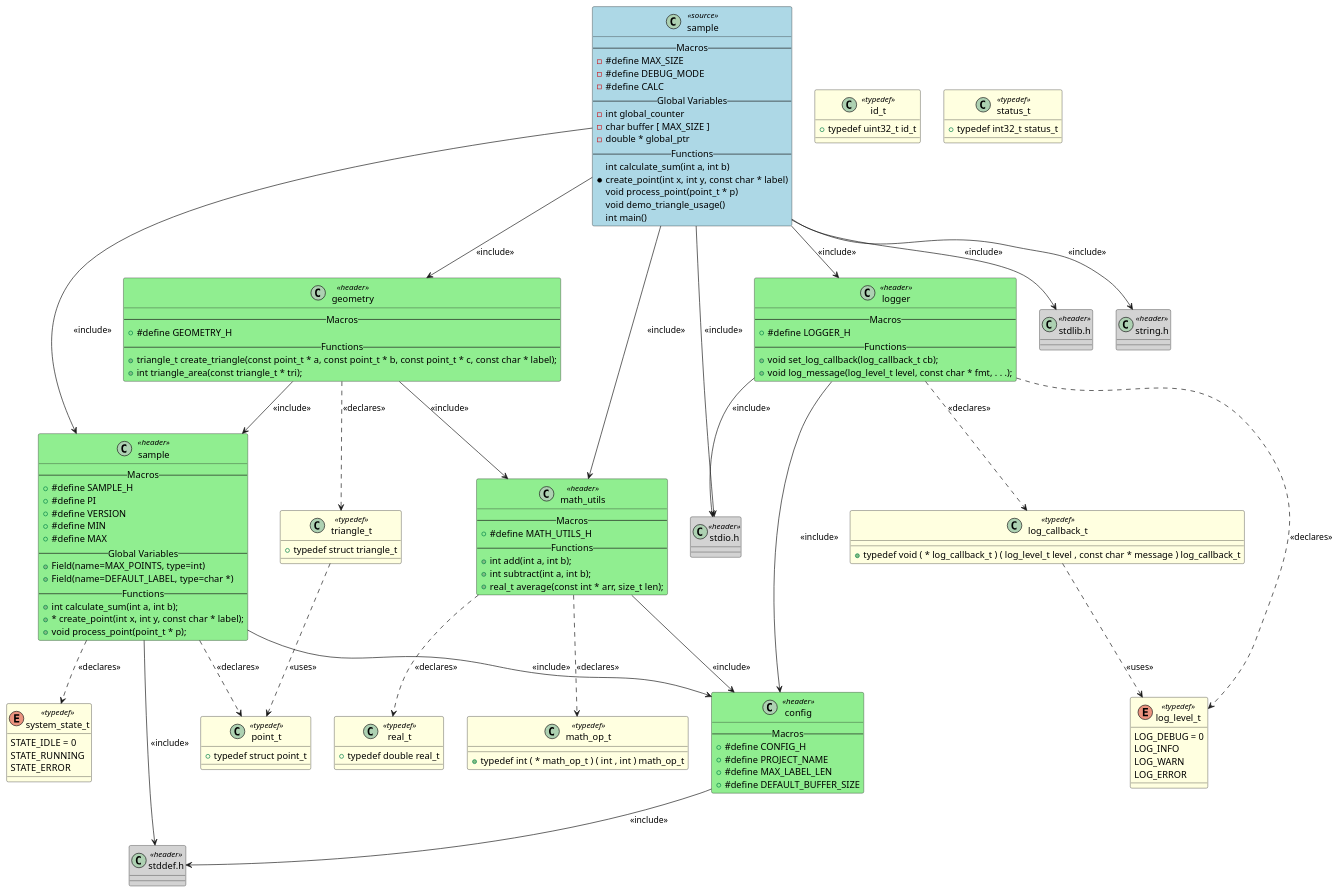
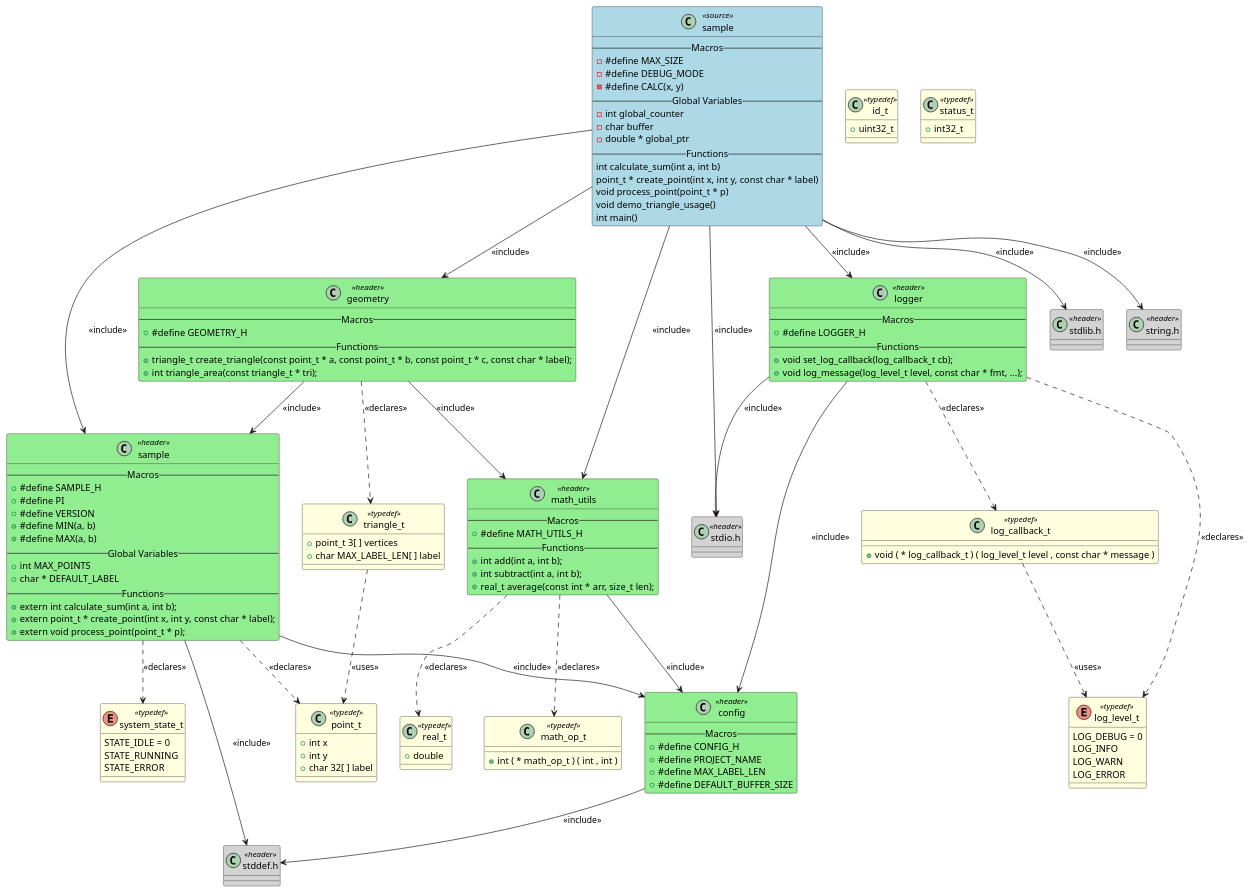
Before and after one commit to fischerjooo/c2puml: the diagram in output/sample.puml, drawn with PlantUML. The commit also changed 30 other files, not shown here.

```diff
--- a/output/sample.puml
+++ b/output/sample.puml
@@ -1,161 +1,164 @@
 @startuml sample
 
 class "sample" as SAMPLE <<source>> #LightBlue
 {
-    -- Macros --
-    - #define MAX_SIZE
-    - #define DEBUG_MODE
-    - #define CALC
-    -- Global Variables --
-    - int global_counter
-    - char buffer [ MAX_SIZE ]
-    - double * global_ptr
-    -- Functions --
-    int calculate_sum(int a, int b)
-    * create_point(int x, int y, const char * label)
-    void process_point(point_t * p)
-    void demo_triangle_usage()
-    int main()
+-- Macros --
+- #define MAX_SIZE
+- #define DEBUG_MODE
+- #define CALC(x, y)
+-- Global Variables --
+- int global_counter
+- char buffer
+- double * global_ptr
+-- Functions --
+int calculate_sum(int a, int b)
+point_t * create_point(int x, int y, const char * label)
+void process_point(point_t * p)
+void demo_triangle_usage()
+int main()
 }
 
 class "stdio.h" as HEADER_STDIO <<header>> #LightGray
 {
 }
 
 class "stdlib.h" as HEADER_STDLIB <<header>> #LightGray
 {
 }
 
 class "string.h" as HEADER_STRING <<header>> #LightGray
 {
 }
 
 class "sample" as HEADER_SAMPLE <<header>> #LightGreen
 {
-    -- Macros --
-    + #define SAMPLE_H
-    + #define PI
-    + #define VERSION
-    + #define MIN
-    + #define MAX
-    -- Global Variables --
-    + Field(name=MAX_POINTS, type=int)
-    + Field(name=DEFAULT_LABEL, type=char *)
-    -- Functions --
-    + int calculate_sum(int a, int b);
-    + * create_point(int x, int y, const char * label);
-    + void process_point(point_t * p);
+-- Macros --
++ #define SAMPLE_H
++ #define PI
++ #define VERSION
++ #define MIN(a, b)
++ #define MAX(a, b)
+-- Global Variables --
++ int MAX_POINTS
++ char * DEFAULT_LABEL
+-- Functions --
++ extern int calculate_sum(int a, int b);
++ extern point_t * create_point(int x, int y, const char * label);
++ extern void process_point(point_t * p);
 }
 class "math_utils" as HEADER_MATH_UTILS <<header>> #LightGreen
 {
-    -- Macros --
-    + #define MATH_UTILS_H
-    -- Functions --
-    + int add(int a, int b);
-    + int subtract(int a, int b);
-    + real_t average(const int * arr, size_t len);
+-- Macros --
++ #define MATH_UTILS_H
+-- Functions --
++ int add(int a, int b);
++ int subtract(int a, int b);
++ real_t average(const int * arr, size_t len);
 }
 class "logger" as HEADER_LOGGER <<header>> #LightGreen
 {
-    -- Macros --
-    + #define LOGGER_H
-    -- Functions --
-    + void set_log_callback(log_callback_t cb);
-    + void log_message(log_level_t level, const char * fmt, . . .);
+-- Macros --
++ #define LOGGER_H
+-- Functions --
++ void set_log_callback(log_callback_t cb);
++ void log_message(log_level_t level, const char * fmt, ...);
 }
 class "geometry" as HEADER_GEOMETRY <<header>> #LightGreen
 {
-    -- Macros --
-    + #define GEOMETRY_H
-    -- Functions --
-    + triangle_t create_triangle(const point_t * a, const point_t * b, const point_t * c, const char * label);
-    + int triangle_area(const triangle_t * tri);
+-- Macros --
++ #define GEOMETRY_H
+-- Functions --
++ triangle_t create_triangle(const point_t * a, const point_t * b, const point_t * c, const char * label);
++ int triangle_area(const triangle_t * tri);
 }
 class "config" as HEADER_CONFIG <<header>> #LightGreen
 {
-    -- Macros --
-    + #define CONFIG_H
-    + #define PROJECT_NAME
-    + #define MAX_LABEL_LEN
-    + #define DEFAULT_BUFFER_SIZE
+-- Macros --
++ #define CONFIG_H
++ #define PROJECT_NAME
++ #define MAX_LABEL_LEN
++ #define DEFAULT_BUFFER_SIZE
 }
 class "stddef.h" as HEADER_STDDEF <<header>> #LightGray
 {
 }
 
-class "point_t" as TYPEDEF_POINT_T <<typedef>> #LightYellow
+class "point_t" as TYPEDEF_point_t <<typedef>> #LightYellow
 {
-    + typedef struct point_t
++ int x
++ int y
++ char 32[ ] label
 }
 
-enum "system_state_t" as TYPEDEF_SYSTEM_STATE_T <<typedef>> #LightYellow
+enum "system_state_t" as TYPEDEF_system_state_t <<typedef>> #LightYellow
 {
-    STATE_IDLE = 0
-    STATE_RUNNING
-    STATE_ERROR
+STATE_IDLE = 0
+STATE_RUNNING
+STATE_ERROR
 }
 
-class "id_t" as TYPEDEF_ID_T <<typedef>> #LightYellow
+class "id_t" as TYPEDEF_id_t <<typedef>> #LightYellow
 {
-    + typedef uint32_t id_t
++ uint32_t
 }
 
-class "status_t" as TYPEDEF_STATUS_T <<typedef>> #LightYellow
+class "status_t" as TYPEDEF_status_t <<typedef>> #LightYellow
 {
-    + typedef int32_t status_t
++ int32_t
 }
 
-class "triangle_t" as TYPEDEF_TRIANGLE_T <<typedef>> #LightYellow
+class "triangle_t" as TYPEDEF_triangle_t <<typedef>> #LightYellow
 {
-    + typedef struct triangle_t
++ point_t 3[ ] vertices
++ char MAX_LABEL_LEN[ ] label
 }
 
-enum "log_level_t" as TYPEDEF_LOG_LEVEL_T <<typedef>> #LightYellow
+enum "log_level_t" as TYPEDEF_log_level_t <<typedef>> #LightYellow
 {
-    LOG_DEBUG = 0
-    LOG_INFO
-    LOG_WARN
-    LOG_ERROR
+LOG_DEBUG = 0
+LOG_INFO
+LOG_WARN
+LOG_ERROR
 }
 
-class "log_callback_t" as TYPEDEF_LOG_CALLBACK_T <<typedef>> #LightYellow
+class "log_callback_t" as TYPEDEF_log_callback_t <<typedef>> #LightYellow
 {
-    + typedef void ( * log_callback_t ) ( log_level_t level , const char * message ) log_callback_t
++ void ( * log_callback_t ) ( log_level_t level , const char * message )
 }
 
-class "real_t" as TYPEDEF_REAL_T <<typedef>> #LightYellow
+class "real_t" as TYPEDEF_real_t <<typedef>> #LightYellow
 {
-    + typedef double real_t
++ double
 }
 
-class "math_op_t" as TYPEDEF_MATH_OP_T <<typedef>> #LightYellow
+class "math_op_t" as TYPEDEF_math_op_t <<typedef>> #LightYellow
 {
-    + typedef int ( * math_op_t ) ( int , int ) math_op_t
++ int ( * math_op_t ) ( int , int )
 }
 
 SAMPLE --> HEADER_STDIO : <<include>>
 SAMPLE --> HEADER_STDLIB : <<include>>
 SAMPLE --> HEADER_STRING : <<include>>
 SAMPLE --> HEADER_SAMPLE : <<include>>
 SAMPLE --> HEADER_MATH_UTILS : <<include>>
 SAMPLE --> HEADER_LOGGER : <<include>>
 SAMPLE --> HEADER_GEOMETRY : <<include>>
 HEADER_SAMPLE --> HEADER_STDDEF : <<include>>
 HEADER_SAMPLE --> HEADER_CONFIG : <<include>>
 HEADER_MATH_UTILS --> HEADER_CONFIG : <<include>>
 HEADER_LOGGER --> HEADER_STDIO : <<include>>
 HEADER_LOGGER --> HEADER_CONFIG : <<include>>
 HEADER_GEOMETRY --> HEADER_SAMPLE : <<include>>
 HEADER_GEOMETRY --> HEADER_MATH_UTILS : <<include>>
 HEADER_CONFIG --> HEADER_STDDEF : <<include>>
-TYPEDEF_TRIANGLE_T ..> TYPEDEF_POINT_T : <<uses>>
-TYPEDEF_LOG_CALLBACK_T ..> TYPEDEF_LOG_LEVEL_T : <<uses>>
-HEADER_SAMPLE ..> TYPEDEF_POINT_T : <<declares>>
-HEADER_SAMPLE ..> TYPEDEF_SYSTEM_STATE_T : <<declares>>
-HEADER_MATH_UTILS ..> TYPEDEF_REAL_T : <<declares>>
-HEADER_MATH_UTILS ..> TYPEDEF_MATH_OP_T : <<declares>>
-HEADER_LOGGER ..> TYPEDEF_LOG_LEVEL_T : <<declares>>
-HEADER_LOGGER ..> TYPEDEF_LOG_CALLBACK_T : <<declares>>
-HEADER_GEOMETRY ..> TYPEDEF_TRIANGLE_T : <<declares>>
+HEADER_SAMPLE ..> TYPEDEF_point_t : <<declares>>
+HEADER_SAMPLE ..> TYPEDEF_system_state_t : <<declares>>
+HEADER_LOGGER ..> TYPEDEF_log_level_t : <<declares>>
+HEADER_GEOMETRY ..> TYPEDEF_triangle_t : <<declares>>
+TYPEDEF_triangle_t ..> TYPEDEF_point_t : <<uses>>
+TYPEDEF_log_callback_t ..> TYPEDEF_log_level_t : <<uses>>
+HEADER_MATH_UTILS ..> TYPEDEF_real_t : <<declares>>
+HEADER_MATH_UTILS ..> TYPEDEF_math_op_t : <<declares>>
+HEADER_LOGGER ..> TYPEDEF_log_callback_t : <<declares>>
 
 @enduml
```
